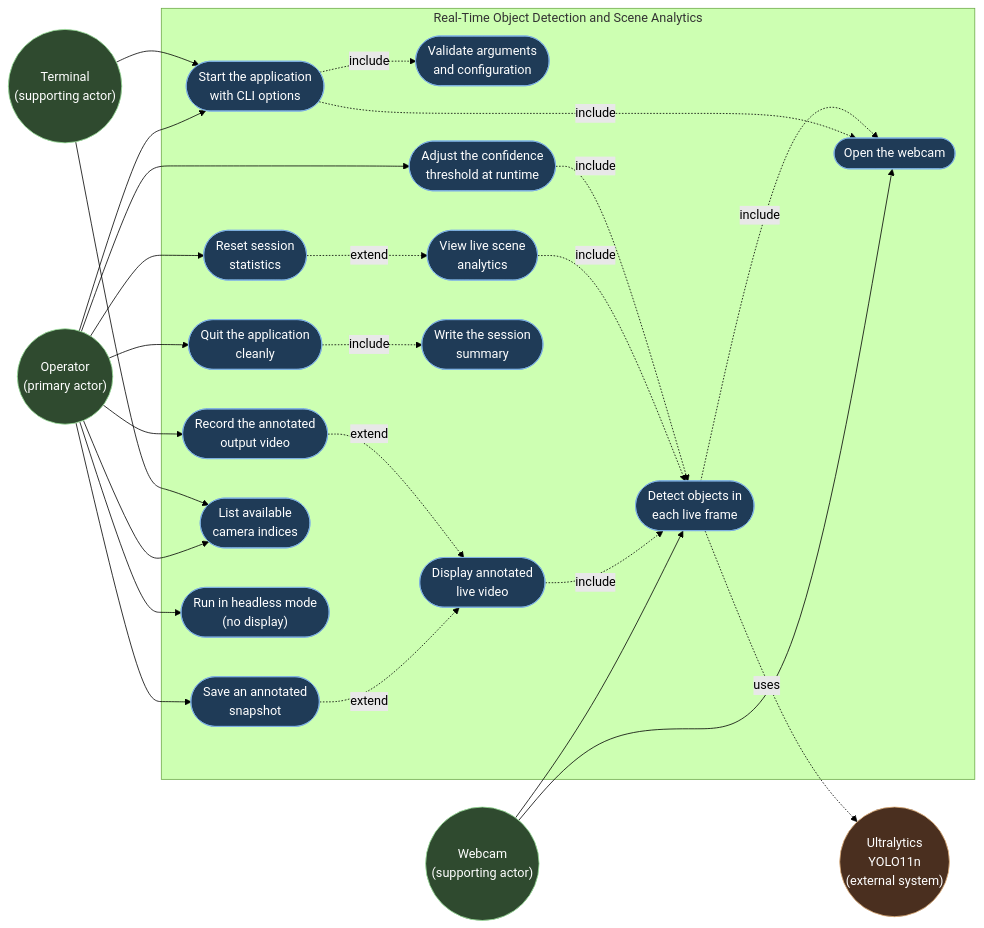
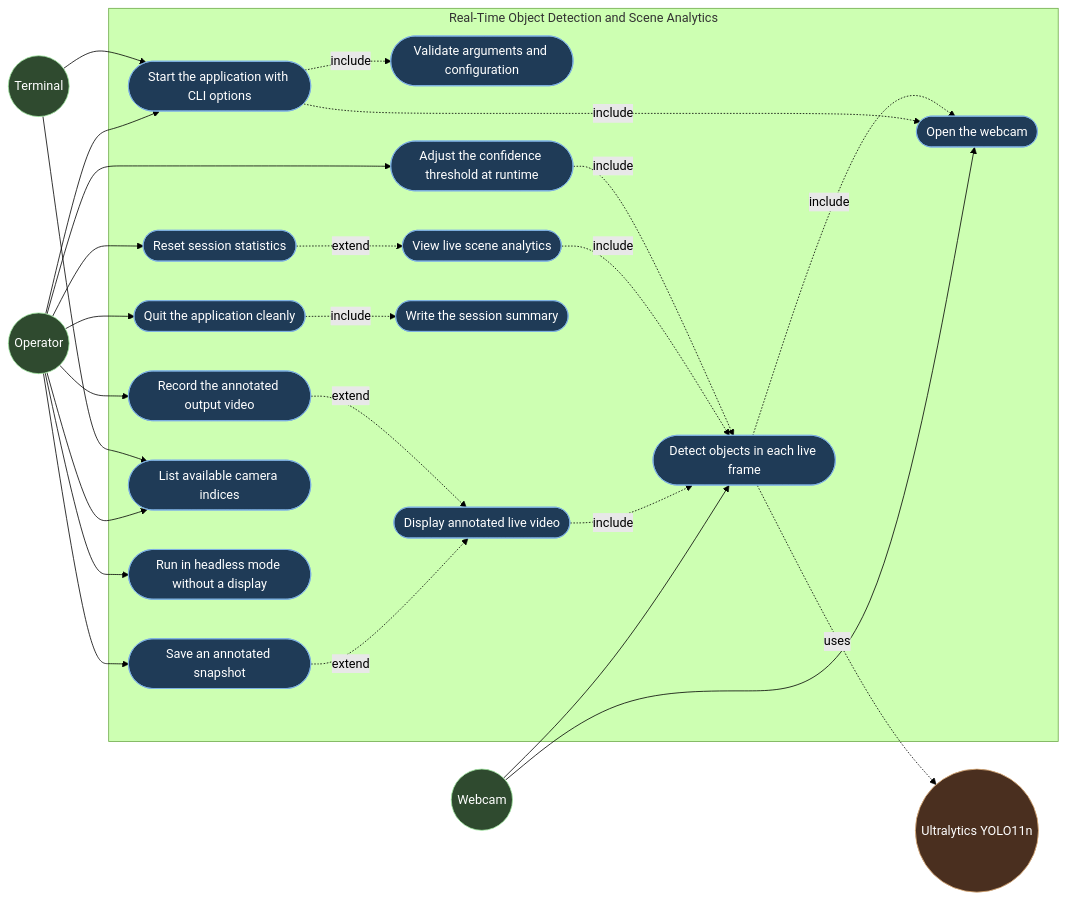
One commit to Abhijai10/real-time-object-detection-yolo11 changed the diagram in docs/diagrams/use_case.mmd. Above: the diagram before and after it, drawn with Mermaid (forest theme). The commit also changed 6 other files, not shown here.

First line of the commit message:
Make the program name adaptive, and harden the Mermaid diagrams

```diff
--- a/docs/diagrams/use_case.mmd
+++ b/docs/diagrams/use_case.mmd
@@ -1,56 +1,56 @@
 flowchart LR
-    User(("Operator<br/>(primary actor)"))
-    Terminal(("Terminal<br/>(supporting actor)"))
-    Camera(("Webcam<br/>(supporting actor)"))
-    Ultralytics(("Ultralytics<br/>YOLO11n<br/>(external system)"))
+    User(("Operator"))
+    Terminal(("Terminal"))
+    Camera(("Webcam"))
+    Ultralytics(("Ultralytics YOLO11n"))
 
     subgraph System["Real-Time Object Detection and Scene Analytics"]
-        UC1(["Start the application<br/>with CLI options"])
-        UC2(["Validate arguments<br/>and configuration"])
+        UC1(["Start the application with CLI options"])
+        UC2(["Validate arguments and configuration"])
         UC3(["Open the webcam"])
-        UC4(["Detect objects in<br/>each live frame"])
-        UC5(["Display annotated<br/>live video"])
-        UC6(["View live scene<br/>analytics"])
-        UC7(["Adjust the confidence<br/>threshold at runtime"])
-        UC8(["Save an annotated<br/>snapshot"])
-        UC9(["Record the annotated<br/>output video"])
-        UC10(["Reset session<br/>statistics"])
-        UC11(["Quit the application<br/>cleanly"])
-        UC12(["Write the session<br/>summary"])
-        UC13(["List available<br/>camera indices"])
-        UC14(["Run in headless mode<br/>(no display)"])
+        UC4(["Detect objects in each live frame"])
+        UC5(["Display annotated live video"])
+        UC6(["View live scene analytics"])
+        UC7(["Adjust the confidence threshold at runtime"])
+        UC8(["Save an annotated snapshot"])
+        UC9(["Record the annotated output video"])
+        UC10(["Reset session statistics"])
+        UC11(["Quit the application cleanly"])
+        UC12(["Write the session summary"])
+        UC13(["List available camera indices"])
+        UC14(["Run in headless mode without a display"])
     end
 
     User --> UC1
     User --> UC7
     User --> UC8
     User --> UC9
     User --> UC10
     User --> UC11
     User --> UC13
     User --> UC14
 
     Terminal --> UC1
     Terminal --> UC13
     Camera --> UC3
     Camera --> UC4
 
     UC1 -.->|"include"| UC2
     UC1 -.->|"include"| UC3
     UC4 -.->|"include"| UC3
     UC4 -.->|"uses"| Ultralytics
     UC5 -.->|"include"| UC4
     UC6 -.->|"include"| UC4
     UC7 -.->|"include"| UC4
     UC8 -.->|"extend"| UC5
     UC9 -.->|"extend"| UC5
     UC10 -.->|"extend"| UC6
     UC11 -.->|"include"| UC12
 
     classDef actor fill:#2f4a2f,stroke:#9fe59f,color:#ffffff
     classDef usecase fill:#1f3b57,stroke:#7fb2e5,color:#ffffff
     classDef external fill:#4a2f1f,stroke:#e5b57f,color:#ffffff
 
     class User,Terminal,Camera actor
     class UC1,UC2,UC3,UC4,UC5,UC6,UC7,UC8,UC9,UC10,UC11,UC12,UC13,UC14 usecase
     class Ultralytics external
```
